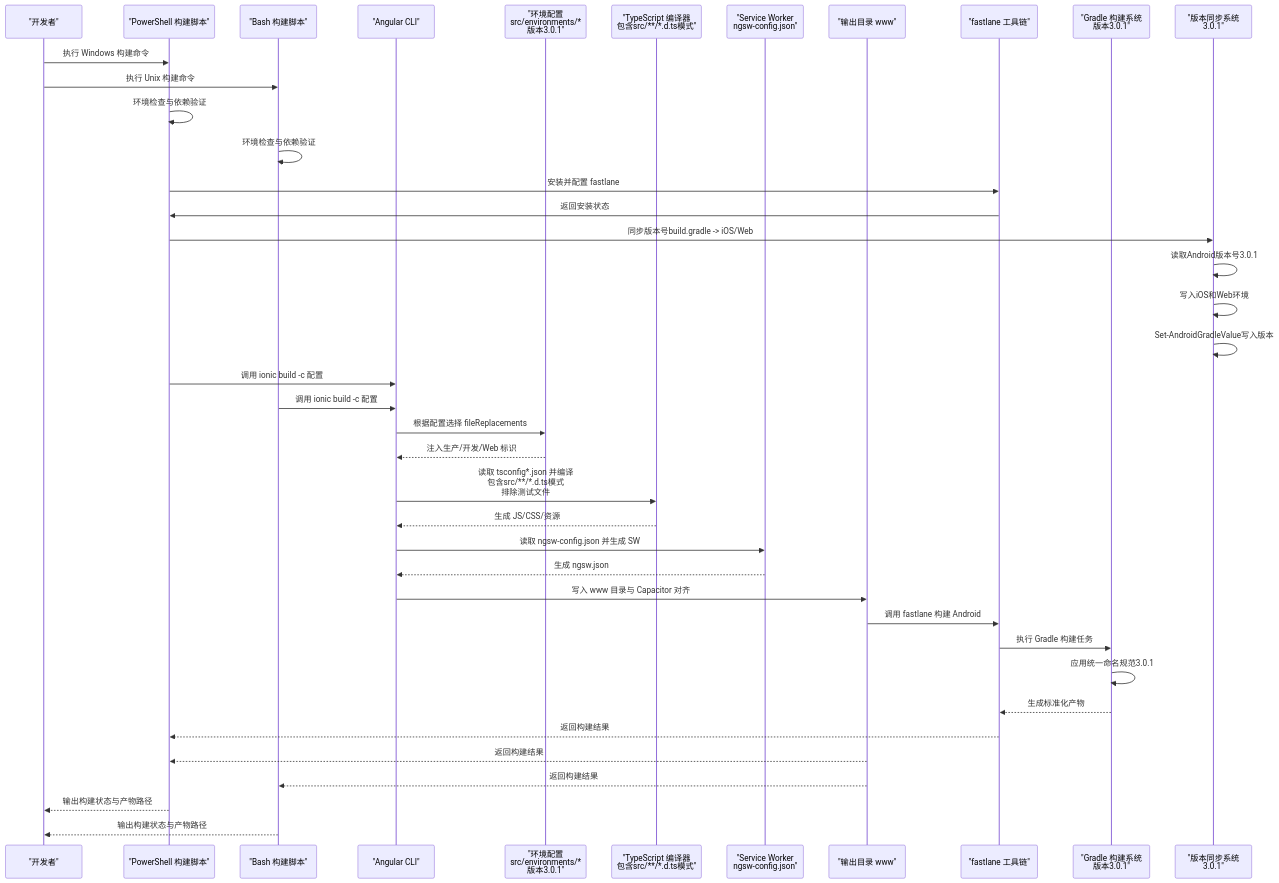
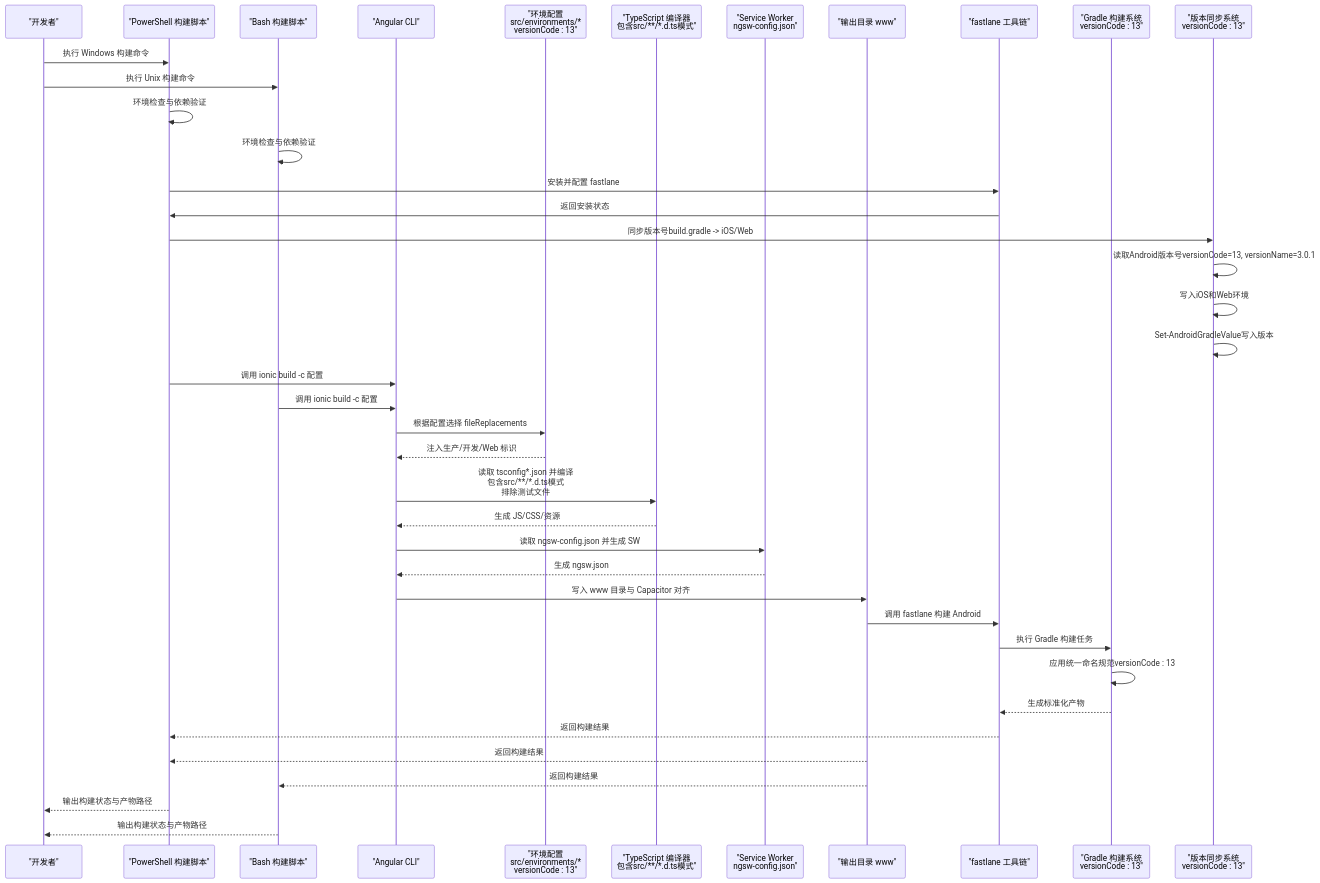
One commit to tea4go/Macro-Deck-Client-App changed the second of 6 diagrams in .qoder/repowiki/zh/content/构建与部署/构建配置.md. Above: the diagram before and after it, drawn with Mermaid. The commit also changed other lines of this file and 57 other files, not shown here.

````diff
--- a/.qoder/repowiki/zh/content/构建与部署/构建配置.md
+++ b/.qoder/repowiki/zh/content/构建与部署/构建配置.md
@@ -196,42 +195,42 @@
 ```mermaid
 sequenceDiagram
 participant Dev as "开发者"
 participant WinPS as "PowerShell 构建脚本"
 participant UnixSh as "Bash 构建脚本"
 participant CLI as "Angular CLI"
-participant Env as "环境配置<br/>src/environments/*<br/>版本3.0.1"
+participant Env as "环境配置<br/>src/environments/*<br/>versionCode : 13"
 participant TS as "TypeScript 编译器<br/>包含src/**/*.d.ts模式"
 participant SW as "Service Worker<br/>ngsw-config.json"
 participant Out as "输出目录 www"
 participant Fastlane as "fastlane 工具链"
-participant Gradle as "Gradle 构建系统<br/>版本3.0.1"
-participant VersionSync as "版本同步系统<br/>3.0.1"
+participant Gradle as "Gradle 构建系统<br/>versionCode : 13"
+participant VersionSync as "版本同步系统<br/>versionCode : 13"
 Dev->>WinPS : 执行 Windows 构建命令
 Dev->>UnixSh : 执行 Unix 构建命令
 WinPS->>WinPS : 环境检查与依赖验证
 UnixSh->>UnixSh : 环境检查与依赖验证
 WinPS->>Fastlane : 安装并配置 fastlane
 Fastlane->>WinPS : 返回安装状态
 WinPS->>VersionSync : 同步版本号build.gradle -> iOS/Web
-VersionSync->>VersionSync : 读取Android版本号3.0.1
+VersionSync->>VersionSync : 读取Android版本号versionCode=13, versionName=3.0.1
 VersionSync->>VersionSync : 写入iOS和Web环境
 VersionSync->>VersionSync : Set-AndroidGradleValue写入版本
 WinPS->>CLI : 调用 ionic build -c 配置
 UnixSh->>CLI : 调用 ionic build -c 配置
 CLI->>Env : 根据配置选择 fileReplacements
 Env-->>CLI : 注入生产/开发/Web 标识
 CLI->>TS : 读取 tsconfig*.json 并编译<br/>包含src/**/*.d.ts模式<br/>排除测试文件
 TS-->>CLI : 生成 JS/CSS/资源
 CLI->>SW : 读取 ngsw-config.json 并生成 SW
 SW-->>CLI : 生成 ngsw.json
 CLI->>Out : 写入 www 目录与 Capacitor 对齐
 Out->>Fastlane : 调用 fastlane 构建 Android
 Fastlane->>Gradle : 执行 Gradle 构建任务
-Gradle->>Gradle : 应用统一命名规范3.0.1
+Gradle->>Gradle : 应用统一命名规范versionCode : 13
 Gradle-->>Fastlane : 生成标准化产物
 Fastlane-->>WinPS : 返回构建结果
 Out-->>WinPS : 返回构建结果
 Out-->>UnixSh : 返回构建结果
 WinPS-->>Dev : 输出构建状态与产物路径
 UnixSh-->>Dev : 输出构建状态与产物路径
 ```
````
